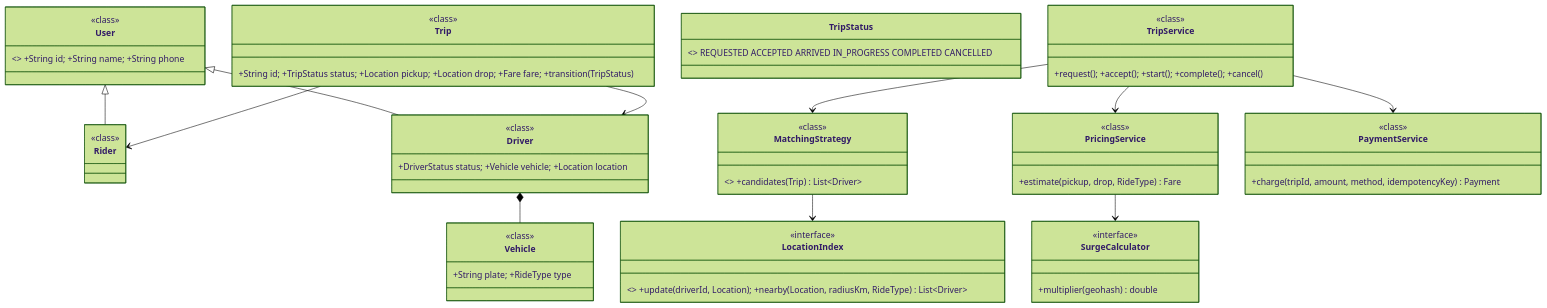
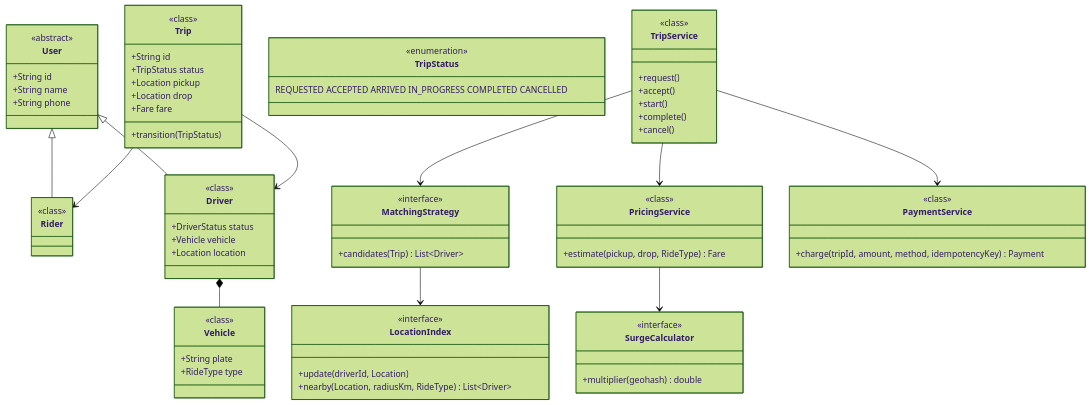
The first of 3 diagrams in system-design/lld/18-uber.md (amarkum/amarkumar.guru), drawn with Mermaid (forest theme) before and after one commit. The commit also changed other lines of this file and 27 other files, not shown here.

````diff
--- a/system-design/lld/18-uber.md
+++ b/system-design/lld/18-uber.md
@@ -42,19 +42,60 @@
 ```mermaid
 classDiagram
-    class User { <<abstract>> +String id; +String name; +String phone }
+    class User {
+      <<abstract>>
+      +String id
+      +String name
+      +String phone
+    }
     class Rider {
       <<class>>
     }
-    class Driver { +DriverStatus status; +Vehicle vehicle; +Location location }
-    class Vehicle { +String plate; +RideType type }
-    class Trip { +String id; +TripStatus status; +Location pickup; +Location drop; +Fare fare; +transition(TripStatus) }
-    class TripStatus { <<enumeration>> REQUESTED ACCEPTED ARRIVED IN_PROGRESS COMPLETED CANCELLED }
-    class LocationIndex { <<interface>> +update(driverId, Location); +nearby(Location, radiusKm, RideType) List~Driver~ }
-    class MatchingStrategy { <<interface>> +candidates(Trip) List~Driver~ }
-    class PricingService { +estimate(pickup, drop, RideType) Fare }
-    class SurgeCalculator { +multiplier(geohash) double }
-    class PaymentService { +charge(tripId, amount, method, idempotencyKey) Payment }
-    class TripService { +request(); +accept(); +start(); +complete(); +cancel() }
+    class Driver {
+      +DriverStatus status
+      +Vehicle vehicle
+      +Location location
+    }
+    class Vehicle {
+      +String plate
+      +RideType type
+    }
+    class Trip {
+      +String id
+      +TripStatus status
+      +Location pickup
+      +Location drop
+      +Fare fare
+      +transition(TripStatus)
+    }
+    class TripStatus {
+      <<enumeration>>
+      REQUESTED ACCEPTED ARRIVED IN_PROGRESS COMPLETED CANCELLED
+    }
+    class LocationIndex {
+      <<interface>>
+      +update(driverId, Location)
+      +nearby(Location, radiusKm, RideType) List~Driver~
+    }
+    class MatchingStrategy {
+      <<interface>>
+      +candidates(Trip) List~Driver~
+    }
+    class PricingService {
+      +estimate(pickup, drop, RideType) Fare
+    }
+    class SurgeCalculator {
+      +multiplier(geohash) double
+    }
+    class PaymentService {
+      +charge(tripId, amount, method, idempotencyKey) Payment
+    }
+    class TripService {
+      +request()
+      +accept()
+      +start()
+      +complete()
+      +cancel()
+    }
     User <|-- Rider
     User <|-- Driver
     Driver *-- Vehicle
````
